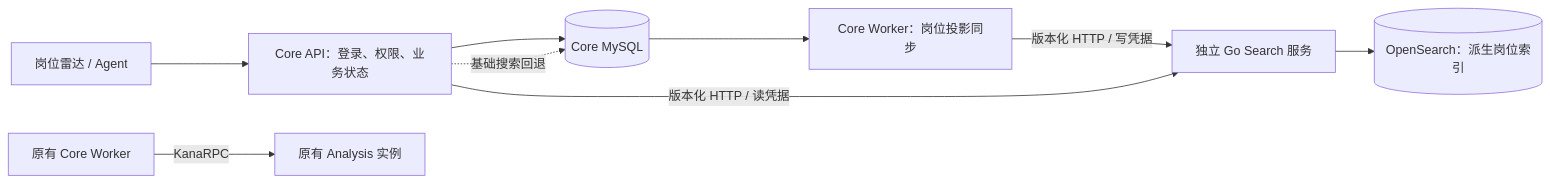
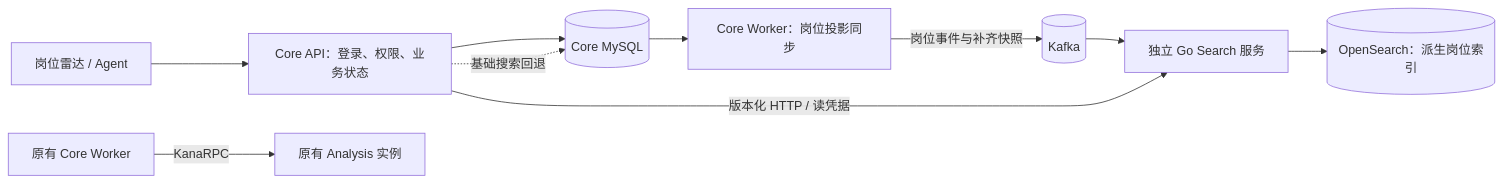
One commit to KanaDoodle/CampusTrace changed the diagram in docs/search-service.md. Above: the diagram before and after it, drawn with Mermaid. The commit also changed other lines of this file and 111 other files, not shown here.

````diff
--- a/docs/search-service.md
+++ b/docs/search-service.md
@@ -9,11 +9,12 @@
 ```mermaid
 flowchart LR
   UI[岗位雷达 / Agent] --> Core[Core API：登录、权限、业务状态]
   Core --> MySQL[(Core MySQL)]
   MySQL --> Sync[Core Worker：岗位投影同步]
-  Sync -->|版本化 HTTP / 写凭据| Search[独立 Go Search 服务]
+  Sync -->|岗位事件与补齐快照| Kafka[(Kafka)]
+  Kafka --> Search[独立 Go Search 服务]
   Core -->|版本化 HTTP / 读凭据| Search
   Search --> Index[(OpenSearch：派生岗位索引)]
   Core -. 基础搜索回退 .-> MySQL
   Worker[原有 Core Worker] -->|KanaRPC| Analysis[原有 Analysis 实例]
 ```
````
